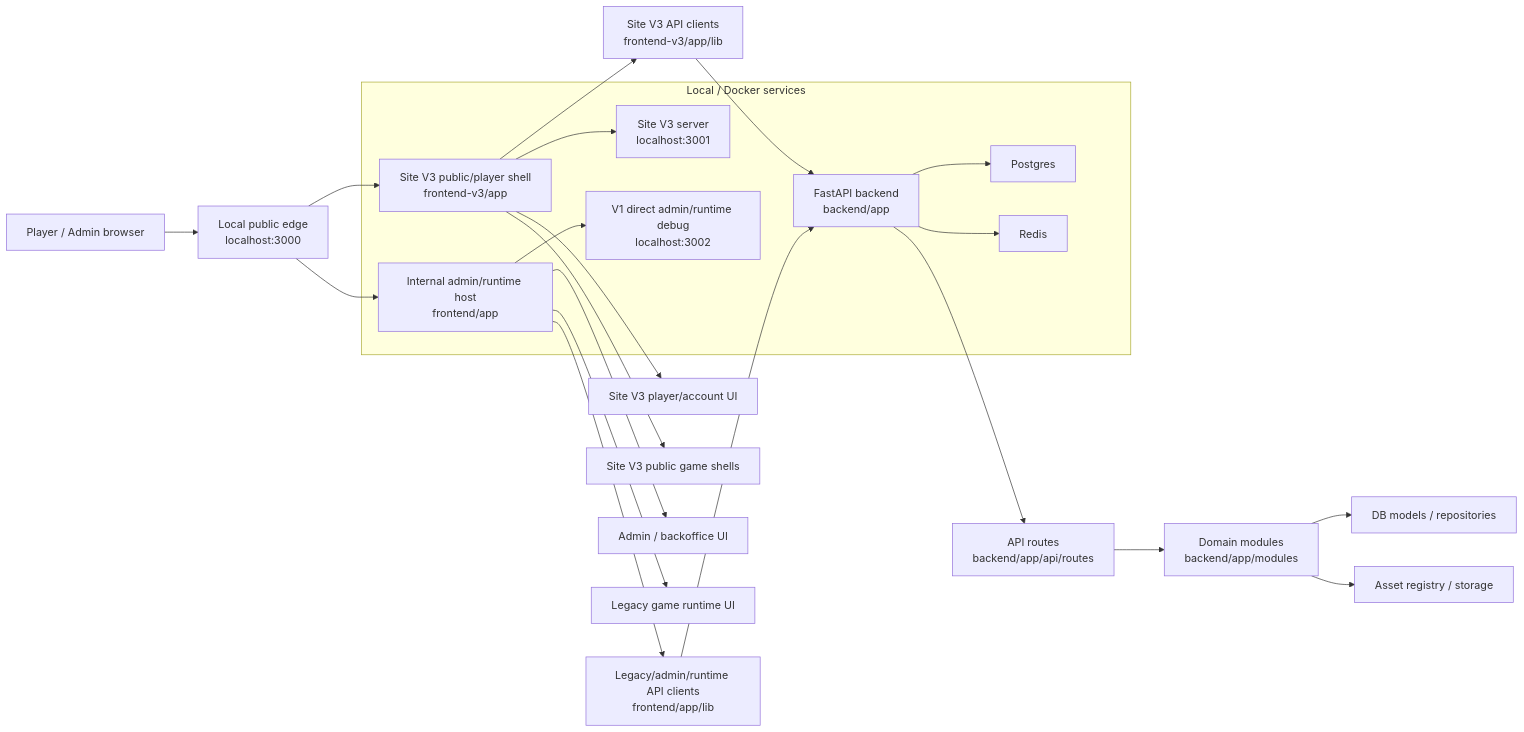
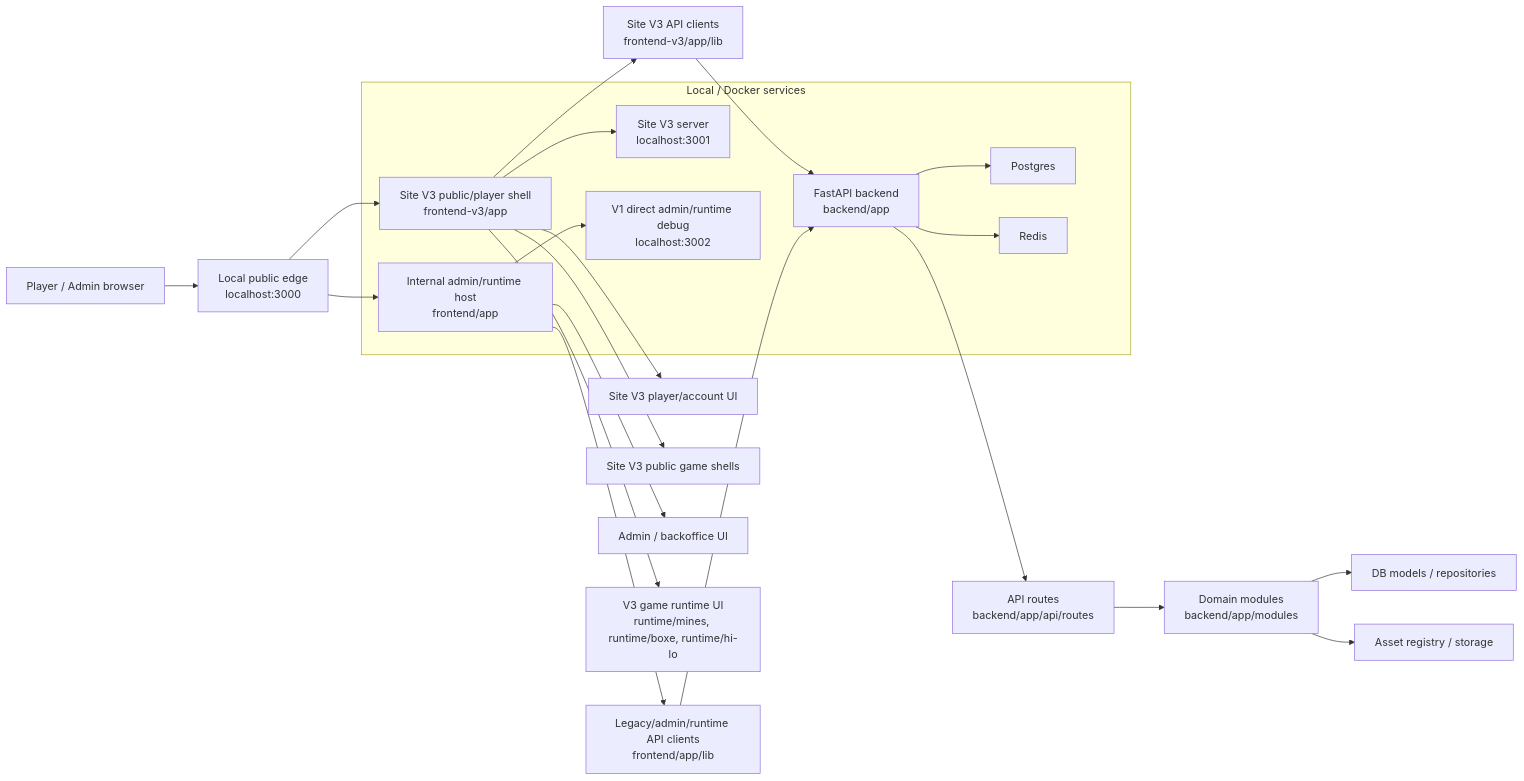
The first of 11 diagrams in docs/CODE_ARCHITECTURE_MERMAID_MAP_2026-05-22.md (moromike/casinoking-platform), drawn with Mermaid before and after one commit. The commit also changed other lines of this file and 37 other files, not shown here.

Commit message:
feat(site-v3): extract mines runtime to v3

````diff
--- a/docs/CODE_ARCHITECTURE_MERMAID_MAP_2026-05-22.md
+++ b/docs/CODE_ARCHITECTURE_MERMAID_MAP_2026-05-22.md
@@ -25,27 +25,27 @@
 ```mermaid
 flowchart LR
   User["Player / Admin browser"] --> Edge["Local public edge<br/>localhost:3000"]
   Edge --> FEv3["Site V3 public/player shell<br/>frontend-v3/app"]
   Edge --> FEv1["Internal admin/runtime host<br/>frontend/app"]
   FEv3 --> APIClientV3["Site V3 API clients<br/>frontend-v3/app/lib"]
   FEv1 --> APIClientV1["Legacy/admin/runtime API clients<br/>frontend/app/lib"]
   APIClientV3 --> BE["FastAPI backend<br/>backend/app"]
   APIClientV1 --> BE
 
   subgraph Docker["Local / Docker services"]
     BE --> PG["Postgres"]
     BE --> Redis["Redis"]
     FEv3 --> NextV3["Site V3 server<br/>localhost:3001"]
     FEv1 --> NextV1["V1 direct admin/runtime debug<br/>localhost:3002"]
   end
 
   BE --> Routes["API routes<br/>backend/app/api/routes"]
   Routes --> Modules["Domain modules<br/>backend/app/modules"]
   Modules --> DB["DB models / repositories"]
   Modules --> Assets["Asset registry / storage"]
 
   FEv3 --> PlayerUI["Site V3 player/account UI"]
   FEv3 --> GameShellUI["Site V3 public game shells"]
   FEv1 --> AdminUI["Admin / backoffice UI"]
-  FEv1 --> RuntimeUI["Legacy game runtime UI"]
+  FEv3 --> RuntimeUI["V3 game runtime UI<br/>runtime/mines, runtime/boxe, runtime/hi-lo"]
 ```
````
